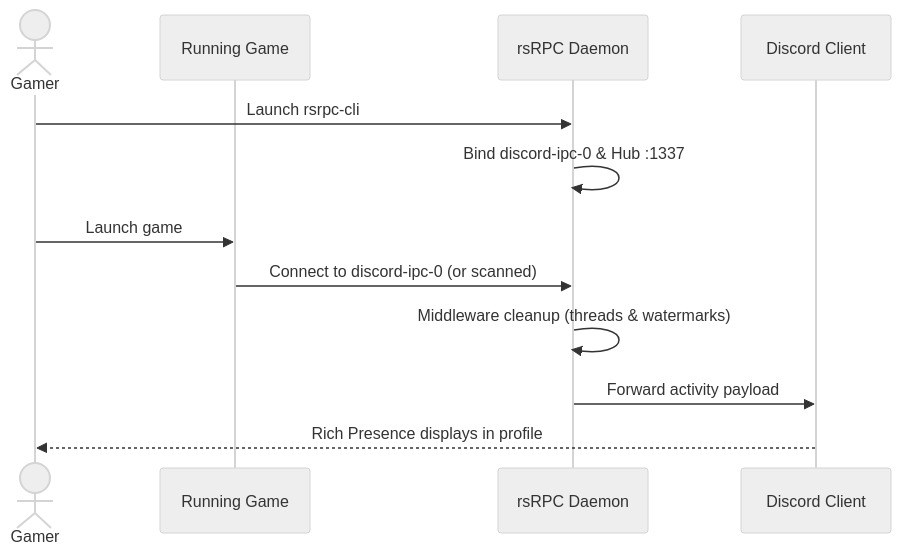
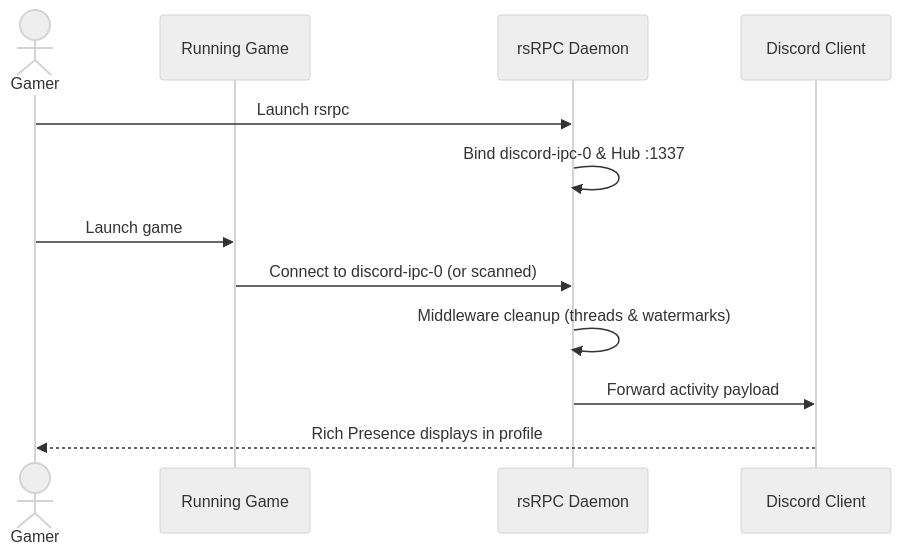
One commit to Delnegend/rsRPC changed the diagram in openwiki/quickstart.md. Above: the diagram before and after it, drawn with Mermaid (neutral theme). The commit also changed other lines of this file and 14 other files, not shown here.

````diff
--- a/openwiki/quickstart.md
+++ b/openwiki/quickstart.md
@@ -19,15 +23,15 @@
 ```mermaid
 sequenceDiagram
     actor Player as Gamer
     participant Game as Running Game
     participant RSRPC as rsRPC Daemon
     participant Discord as Discord Client
 
-    Player->>RSRPC: Launch rsrpc-cli
+    Player->>RSRPC: Launch rsrpc
     RSRPC->>RSRPC: Bind discord-ipc-0 & Hub :1337
     Player->>Game: Launch game
     Game->>RSRPC: Connect to discord-ipc-0 (or scanned)
     RSRPC->>RSRPC: Middleware cleanup (threads & watermarks)
     RSRPC->>Discord: Forward activity payload
     Discord-->>Player: Rich Presence displays in profile
 ```
````
